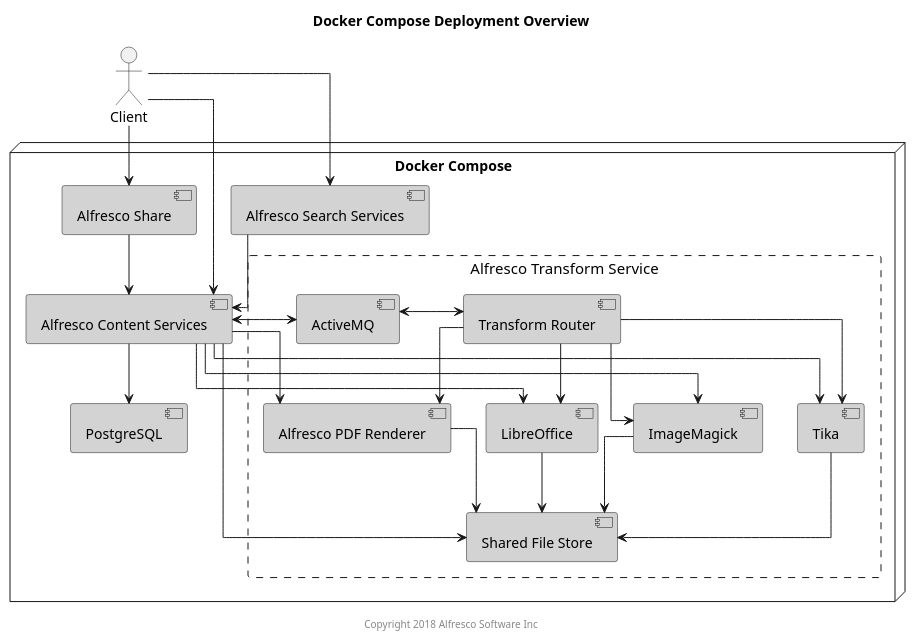
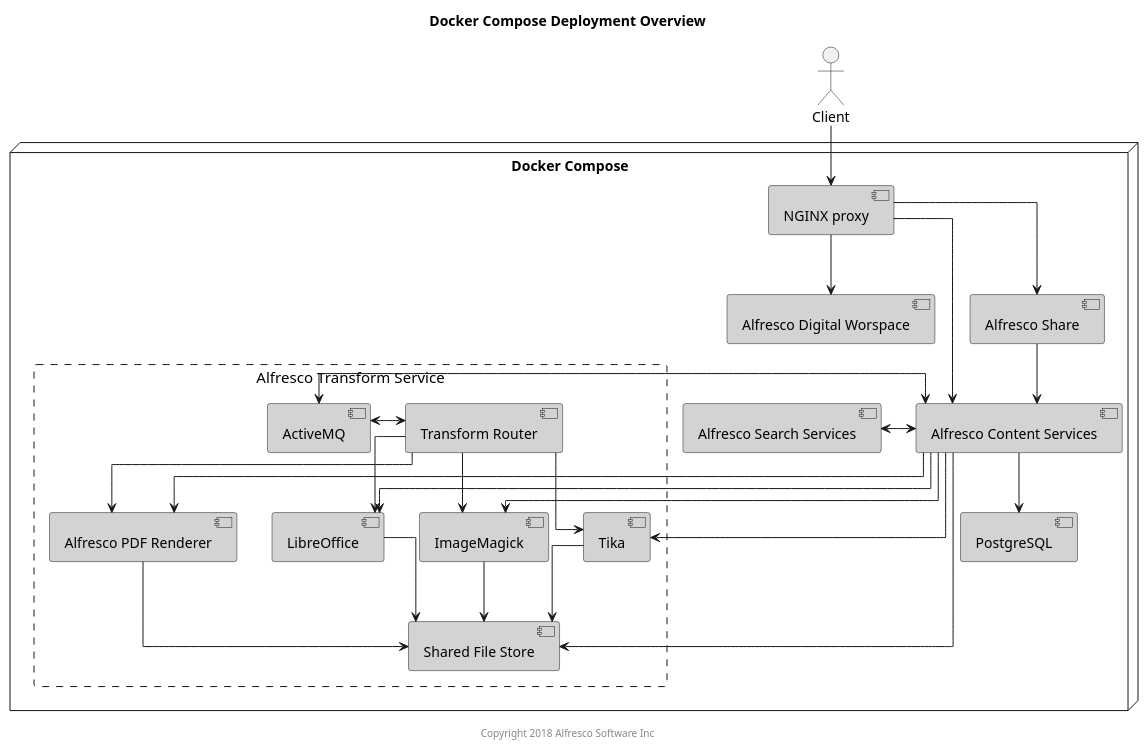
The diagram in docs/diagrams/docker-compose/docker-compose-components.puml (Alfresco/acs-deployment), drawn with PlantUML before and after one commit. The commit also changed 7 other files, not shown here.

Commit message:
REPO-3982 Update architecture diagrams

```diff
--- a/docs/diagrams/docker-compose/docker-compose-components.puml
+++ b/docs/diagrams/docker-compose/docker-compose-components.puml
@@ -1,56 +1,60 @@
 @startuml
 
 Title: Docker Compose Deployment Overview
 
 skinparam componentStyle uml2
 skinparam linetype ortho
 skinparam rectangle {
     BorderStyle dashed
     FontSize 15
     FontStyle none
 }
 
 actor Client
 
 node "Docker Compose" {
+    component "NGINX proxy" as proxy #lightgrey
+    component "Alfresco Digital Worspace" as adw #lightgrey
     component "Alfresco Content Services" as acs #lightgrey
     component "Alfresco Search Services" as ass #lightgrey
     component "PostgreSQL" as psql #lightgrey
     component "Alfresco Share" as share #lightgrey
     rectangle "Alfresco Transform Service" {
         component "Transform Router" as tr #lightgrey
         component "Shared File Store" as sfs #lightgrey
         component "ActiveMQ" as amq #lightgrey
         component "Alfresco PDF Renderer" as pdfr #lightgrey
         component "LibreOffice" as libr #lightgrey
         component "ImageMagick" as img #lightgrey
         component "Tika" as tika #lightgrey
     }
 }
 
-Client --> acs
-Client --> ass
-Client --> share
+Client --> proxy
 
-ass --> acs
+proxy --> acs
+proxy --> share
+proxy --> adw
+
+acs <-left-> ass
 acs --> psql
 acs --> pdfr
 acs --> libr
 acs --> img
 acs --> tika
 acs --> sfs
 acs <-left-> amq
 tr --> pdfr
 tr --> libr
 tr --> img
 tr --> tika
 tr <-left-> amq
 pdfr --> sfs
 libr --> sfs
 img --> sfs
 tika --> sfs
 share --> acs
 
 center footer Copyright 2018 Alfresco Software Inc
 
 @enduml
```
